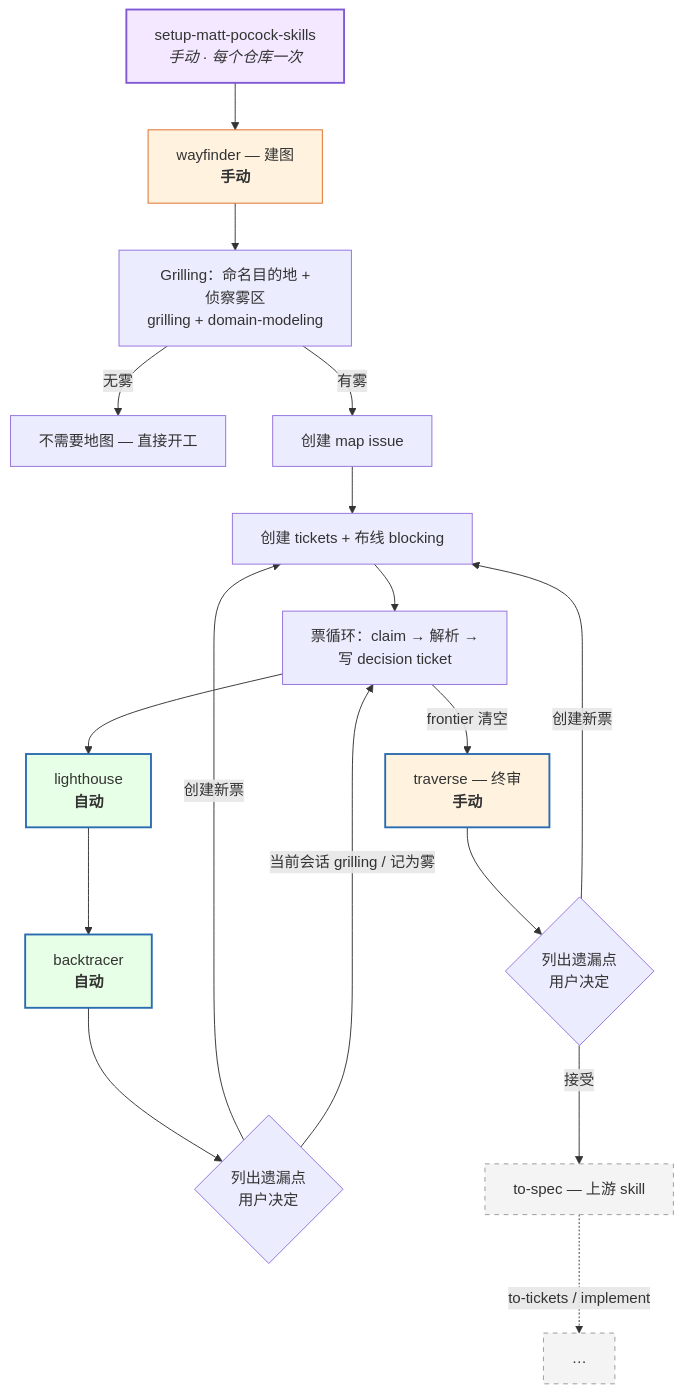
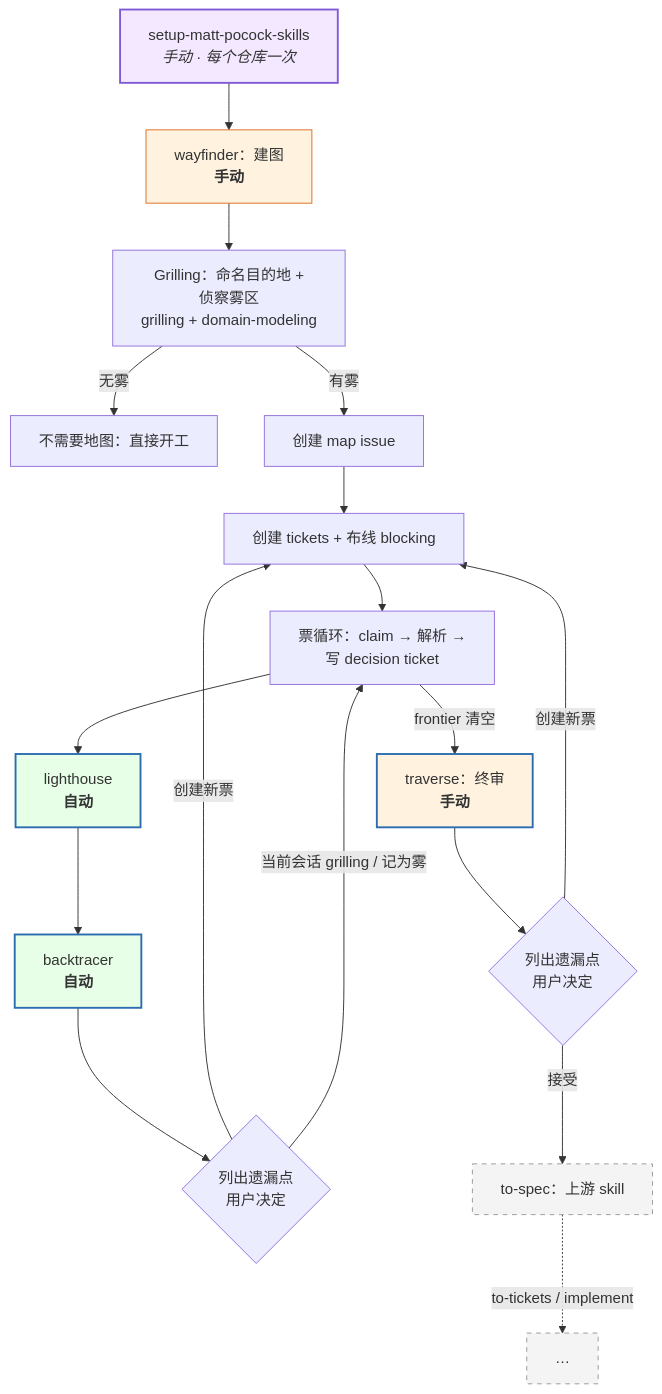
One commit to hugosol/oh-my-wayfinder changed the first of 2 diagrams in README.cn.md. Above: the diagram before and after it, drawn with Mermaid. The commit also changed other lines of this file and 13 other files, not shown here.

````diff
--- a/README.cn.md
+++ b/README.cn.md
@@ -46,27 +46,27 @@
 ```mermaid
 flowchart TD
-    S["setup-matt-pocock-skills<br/><i>手动 · 每个仓库一次</i>"] --> W["wayfinder — 建图<br/><b>手动</b>"]
+    S["setup-matt-pocock-skills<br/><i>手动 · 每个仓库一次</i>"] --> W["wayfinder：建图<br/><b>手动</b>"]
     W --> G["Grilling：命名目的地 +<br/>侦察雾区<br/>grilling + domain-modeling"]
-    G -->|"无雾"| N["不需要地图 — 直接开工"]
+    G -->|"无雾"| N["不需要地图：直接开工"]
     G -->|"有雾"| M["创建 map issue"]
     M --> T["创建 tickets + 布线 blocking"]
     T --> L["票循环：claim → 解析 →<br/>写 decision ticket"]
     L --> LH["lighthouse<br/><b>自动</b>"]
     LH --> BT["backtracer<br/><b>自动</b>"]
     BT --> CG{"列出遗漏点<br/>用户决定"}
     CG -->|"创建新票"| T
     CG -->|"当前会话 grilling / 记为雾"| L
-    L -->|"frontier 清空"| TR["traverse — 终审<br/><b>手动</b>"]
+    L -->|"frontier 清空"| TR["traverse：终审<br/><b>手动</b>"]
     TR --> CG2{"列出遗漏点<br/>用户决定"}
     CG2 -->|"创建新票"| T
-    CG2 -->|"接受"| TS["to-spec — 上游 skill"]
+    CG2 -->|"接受"| TS["to-spec：上游 skill"]
     TS -.->|"to-tickets / implement"| X["…"]
 
     style LH fill:#e6ffe6,stroke:#2b6cb0,stroke-width:2px
     style BT fill:#e6ffe6,stroke:#2b6cb0,stroke-width:2px
     style TR fill:#fff3e0,stroke:#2b6cb0,stroke-width:2px
     style W fill:#fff3e0,stroke:#dd6b20
     style S fill:#f3e8ff,stroke:#805ad5,stroke-width:2px
     style TS fill:#f4f4f4,stroke:#999,stroke-dasharray:5 5
     style X fill:#f4f4f4,stroke:#999,stroke-dasharray:5 5
 ```
````
